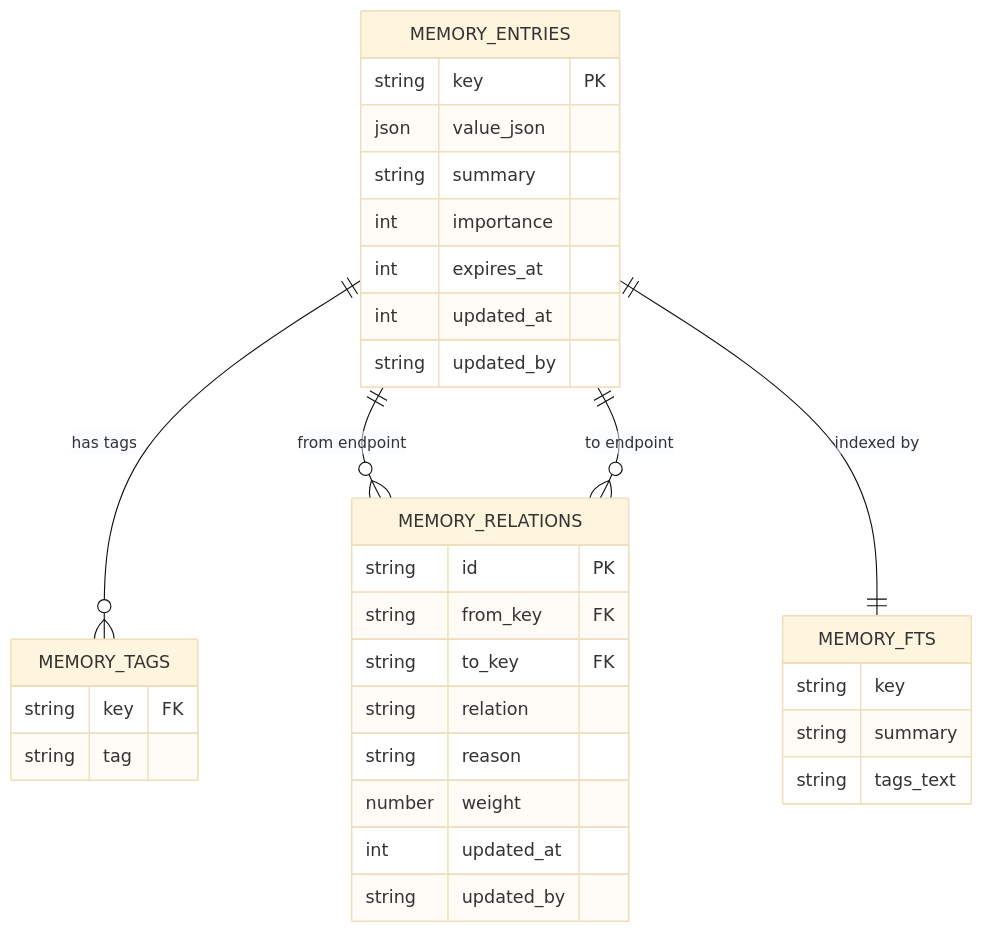
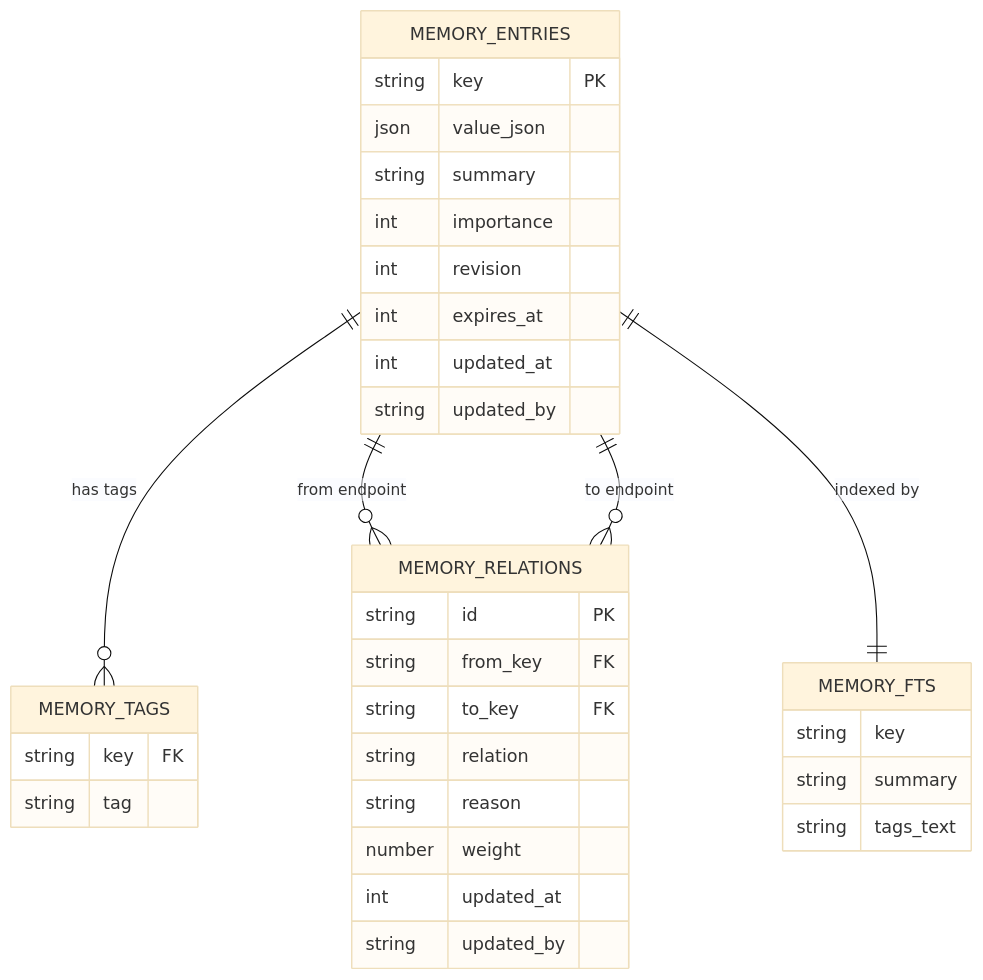
Before and after one commit to pruthuraj/sharedMemory: the third of 9 diagrams in docs/system_diagram.md, drawn with Mermaid (base theme). The commit also changed other lines of this file and 13 other files, not shown here.

````diff
--- a/docs/system_diagram.md
+++ b/docs/system_diagram.md
@@ -97,39 +97,40 @@
 ```mermaid
 erDiagram
     MEMORY_ENTRIES {
         string key PK
         json value_json
         string summary
         int importance
+        int revision
         int expires_at
         int updated_at
         string updated_by
     }
 
     MEMORY_TAGS {
         string key FK
         string tag
     }
 
     MEMORY_RELATIONS {
         string id PK
         string from_key FK
         string to_key FK
         string relation
         string reason
         number weight
         int updated_at
         string updated_by
     }
 
     MEMORY_FTS {
         string key
         string summary
         string tags_text
     }
 
     MEMORY_ENTRIES ||--o{ MEMORY_TAGS : "has tags"
     MEMORY_ENTRIES ||--o{ MEMORY_RELATIONS : "from endpoint"
     MEMORY_ENTRIES ||--o{ MEMORY_RELATIONS : "to endpoint"
     MEMORY_ENTRIES ||--|| MEMORY_FTS : "indexed by"
 ```
````
